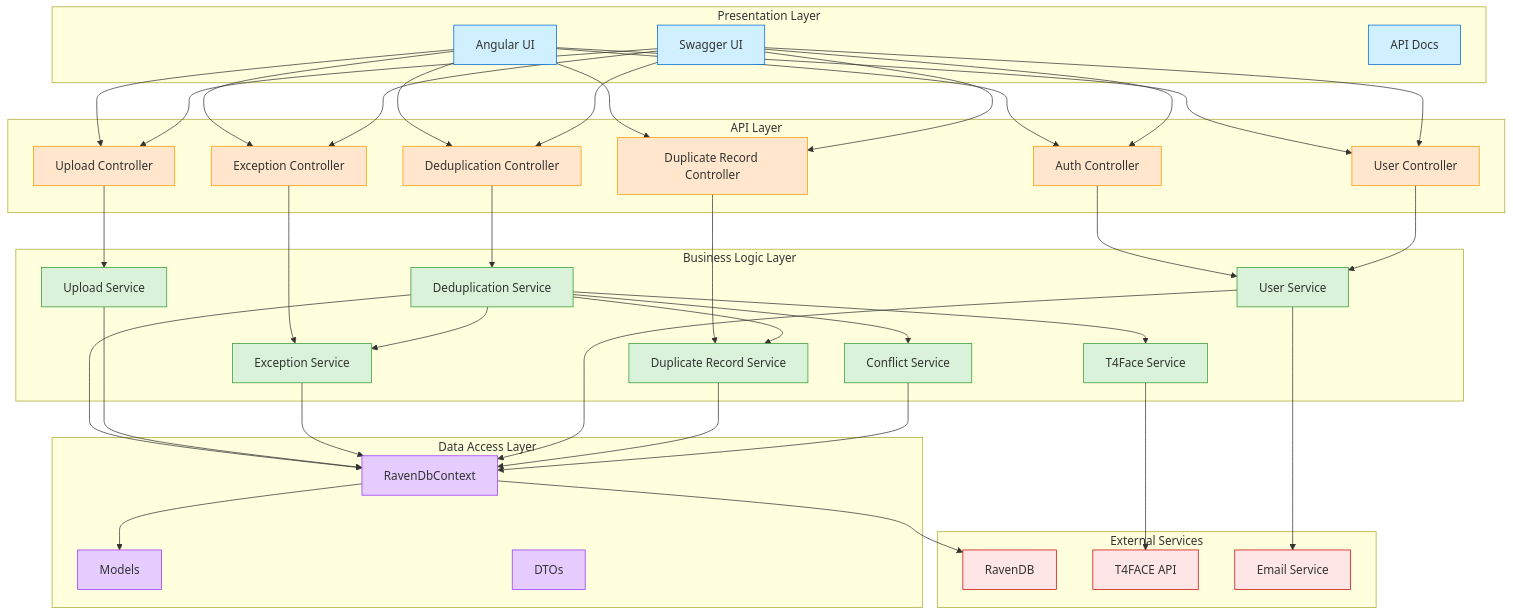
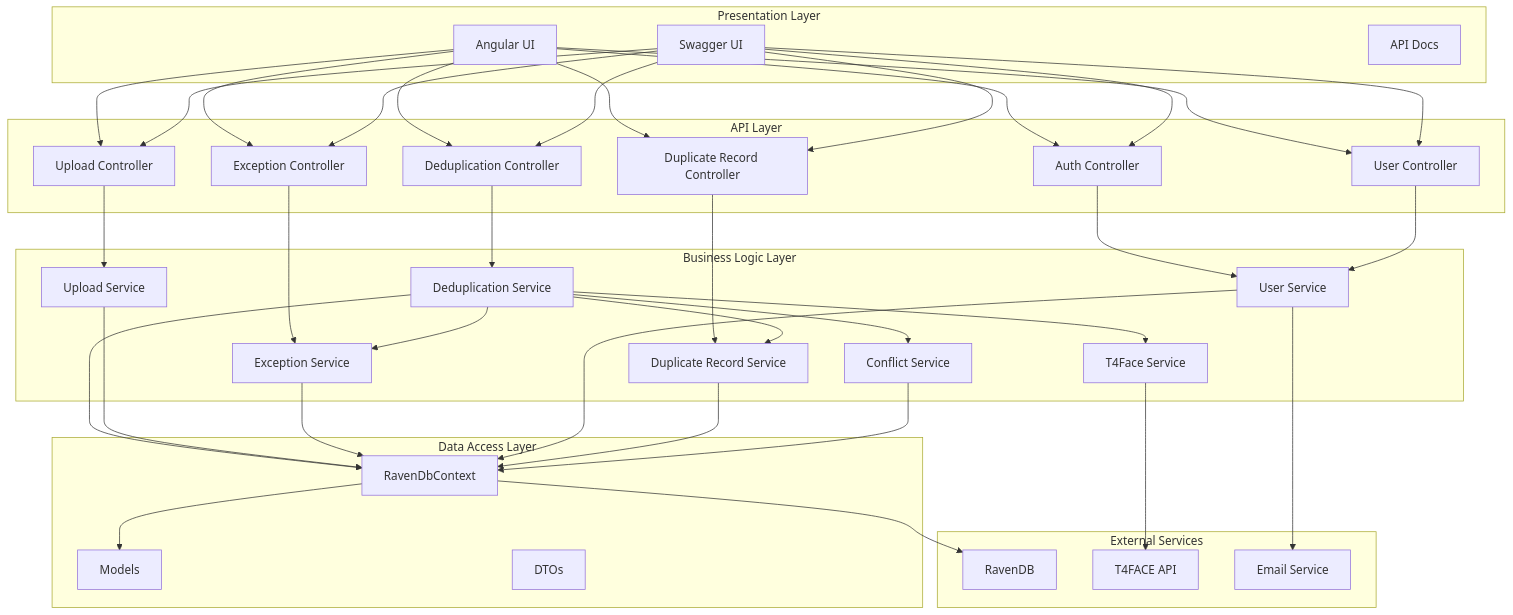
The first of 2 diagrams in Documentation/Architecture.md (fares1919-ltrch/Backend-stage), drawn with Mermaid before and after one commit. The commit also changed other lines of this file and 20 other files, not shown here.

````diff
--- a/Documentation/Architecture.md
+++ b/Documentation/Architecture.md
@@ -9,78 +9,72 @@
 ```mermaid
 flowchart TD
     subgraph "Presentation Layer"
         A1[Angular UI]
         A2[Swagger UI]
         A3[API Docs]
     end
 
     subgraph "API Layer"
         B1[Auth Controller]
         B2[User Controller]
         B3[Upload Controller]
         B4[Deduplication Controller]
         B5[Exception Controller]
         B6[Duplicate Record Controller]
     end
 
     subgraph "Business Logic Layer"
         C1[Deduplication Service]
         C2[Upload Service]
         C3[T4Face Service]
         C4[Exception Service]
         C5[User Service]
         C6[Duplicate Record Service]
         C7[Conflict Service]
     end
 
     subgraph "Data Access Layer"
         D1[RavenDbContext]
         D2[Models]
         D3[DTOs]
     end
 
     subgraph "External Services"
         E1[RavenDB]
         E2[T4FACE API]
         E3[Email Service]
     end
 
     A1 --> B1 & B2 & B3 & B4 & B5 & B6
     A2 --> B1 & B2 & B3 & B4 & B5 & B6
 
     B1 --> C5
     B2 --> C5
     B3 --> C2
     B4 --> C1
     B5 --> C4
     B6 --> C6
 
     C1 --> C3
     C1 --> C4
     C1 --> C6
     C1 --> C7
     C1 --> D1
 
     C2 --> D1
     C3 --> E2
     C4 --> D1
     C5 --> D1
     C5 --> E3
     C6 --> D1
     C7 --> D1
 
     D1 --> D2
     D1 --> E1
 
-    classDef presentation fill:#d1f0ff,stroke:#0066cc
-    classDef api fill:#ffe6cc,stroke:#ff9900
-    classDef business fill:#d9f2d9,stroke:#339933
-    classDef data fill:#e6ccff,stroke:#9933ff
-    classDef external fill:#ffe6e6,stroke:#cc0000
-
     class A1,A2,A3 presentation
     class B1,B2,B3,B4,B5,B6 api
     class C1,C2,C3,C4,C5,C6,C7 business
     class D1,D2,D3 data
     class E1,E2,E3 external
 ```
````
